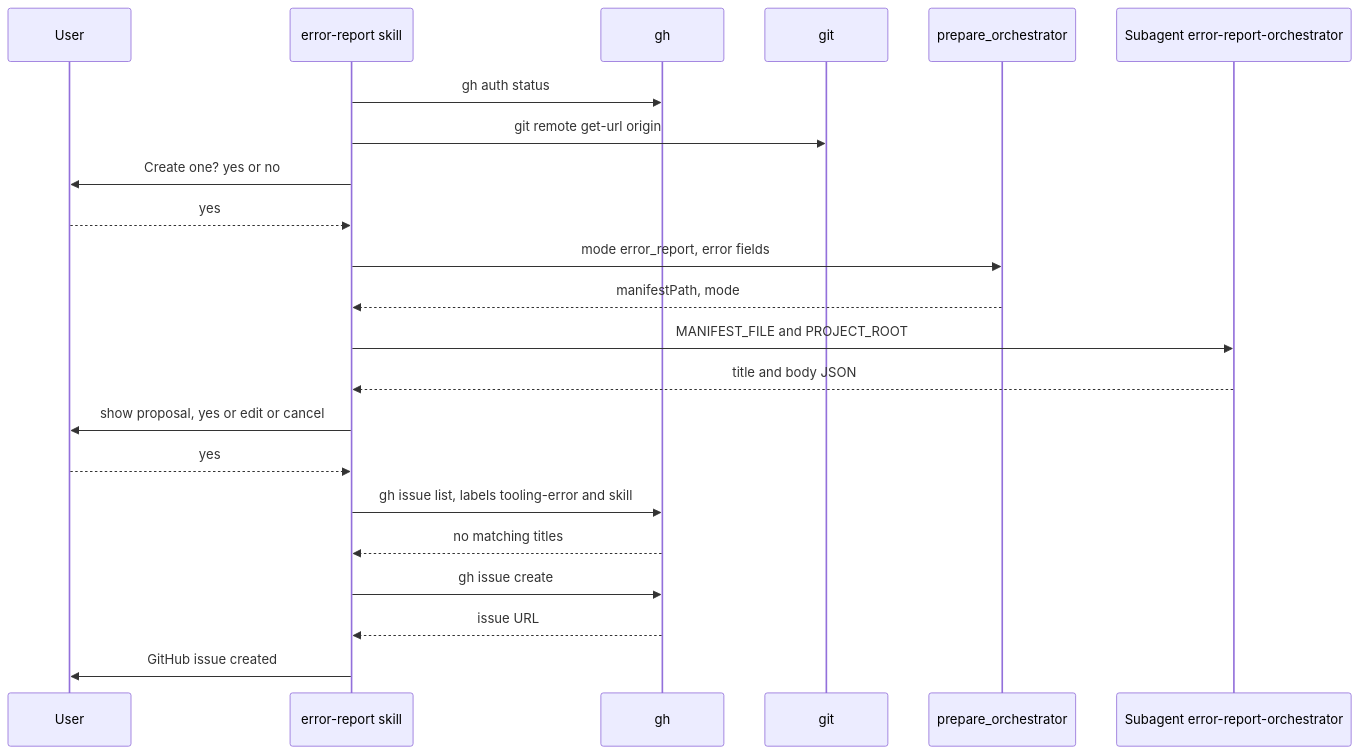
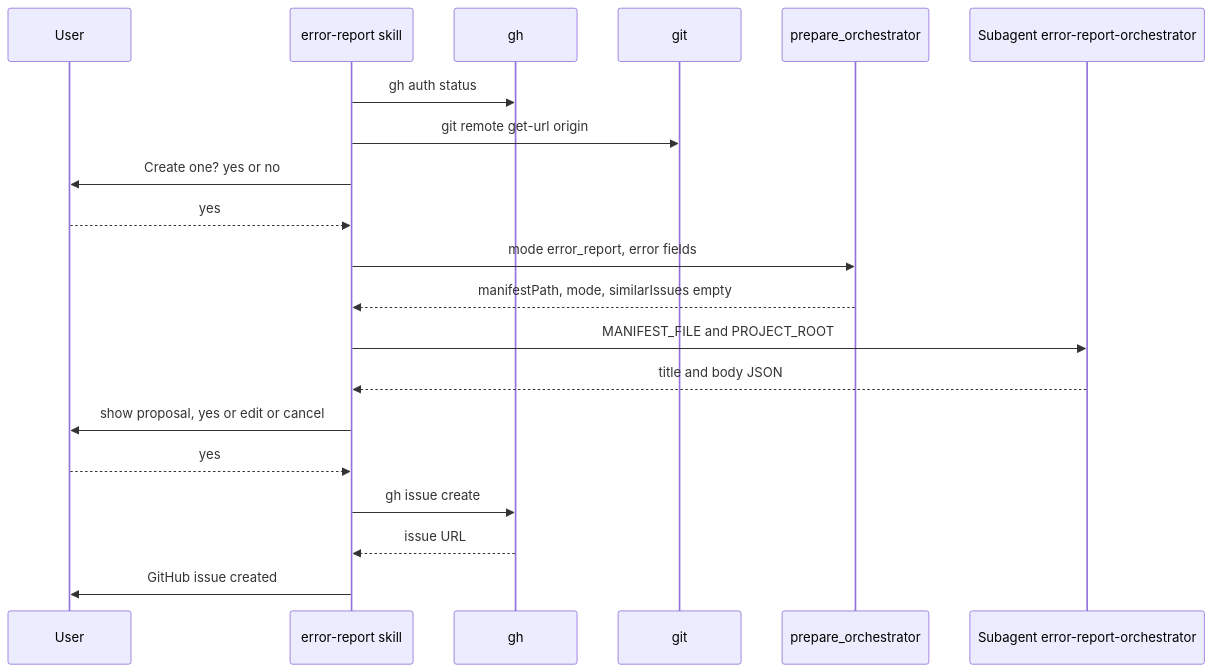
One commit to rnagrodzki/sdlc-plugin changed the diagram in openspec/specs/skill-error-report/spec.md. Above: the diagram before and after it, drawn with Mermaid. The commit also changed other lines of this file and 22 other files, not shown here.

````diff
--- a/openspec/specs/skill-error-report/spec.md
+++ b/openspec/specs/skill-error-report/spec.md
@@ -56,24 +56,22 @@
 ```mermaid
 sequenceDiagram
     participant User
     participant Skill as error-report skill
     participant gh
     participant git
     participant PO as prepare_orchestrator
     participant Orch as Subagent error-report-orchestrator
     Skill->>gh: gh auth status
     Skill->>git: git remote get-url origin
     Skill->>User: Create one? yes or no
     User-->>Skill: yes
     Skill->>PO: mode error_report, error fields
-    PO-->>Skill: manifestPath, mode
+    PO-->>Skill: manifestPath, mode, similarIssues empty
     Skill->>Orch: MANIFEST_FILE and PROJECT_ROOT
     Orch-->>Skill: title and body JSON
     Skill->>User: show proposal, yes or edit or cancel
     User-->>Skill: yes
-    Skill->>gh: gh issue list, labels tooling-error and skill
-    gh-->>Skill: no matching titles
     Skill->>gh: gh issue create
     gh-->>Skill: issue URL
     Skill->>User: GitHub issue created
 ```
````
